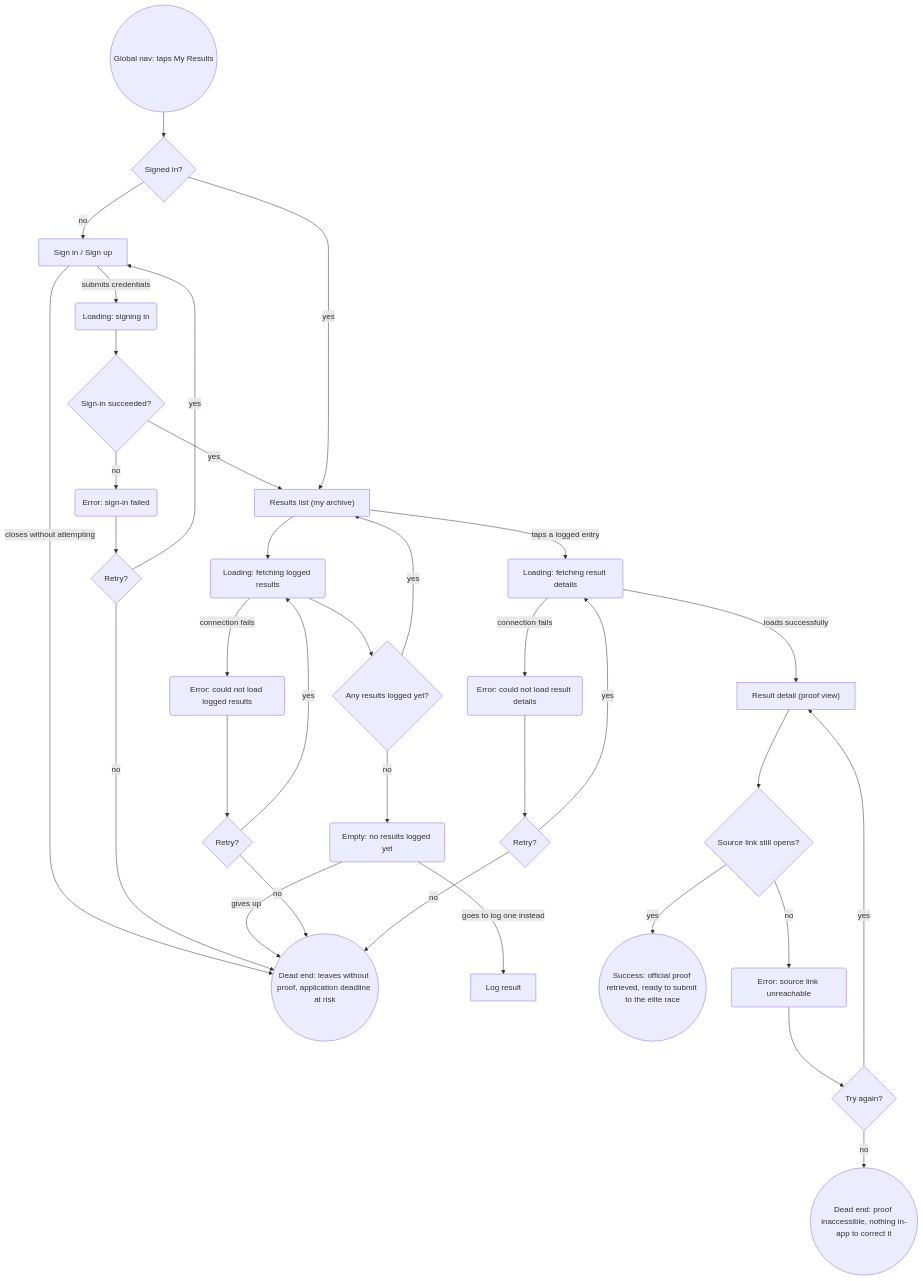
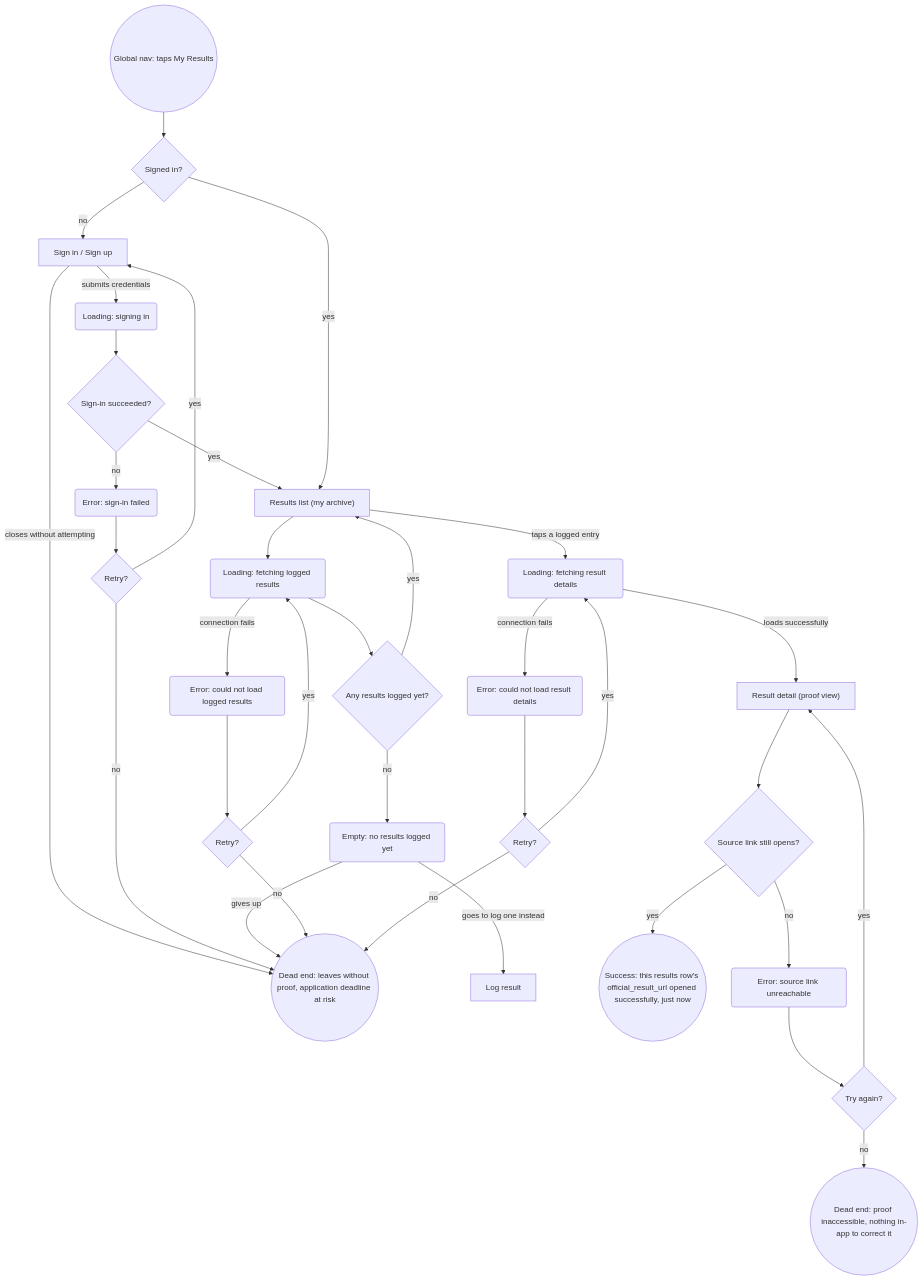
One commit to JuliaMakedonska/Onrace changed the third of 3 diagrams in flows.md. Above: the diagram before and after it, drawn with Mermaid. The commit also changed other lines of this file, not shown here.

First line of the commit message:
Tighten success endpoints to verifiable conditions, not vague destinations

````diff
--- a/flows.md
+++ b/flows.md
@@ -174,36 +182,36 @@
 ```mermaid
 flowchart TD
     Start3(("Global nav: taps My Results")) --> AuthCheck2{"Signed in?"}
     AuthCheck2 -->|"no"| SignIn2["Sign in / Sign up"]
     SignIn2 -->|"submits credentials"| SigningIn2("Loading: signing in")
     SignIn2 -->|"closes without attempting"| DeadEnd4
     SigningIn2 --> AuthResult2{"Sign-in succeeded?"}
     AuthResult2 -->|"no"| AuthError2("Error: sign-in failed")
     AuthError2 --> AuthRetry2{"Retry?"}
     AuthRetry2 -->|"yes"| SignIn2
     AuthRetry2 -->|"no"| DeadEnd4(("Dead end: leaves without proof, application deadline at risk"))
     AuthResult2 -->|"yes"| ResultsList2["Results list (my archive)"]
     AuthCheck2 -->|"yes"| ResultsList2
     ResultsList2 --> Loading2("Loading: fetching logged results")
     Loading2 --> HasLogged{"Any results logged yet?"}
     HasLogged -->|"no"| Empty2("Empty: no results logged yet")
     Empty2 -->|"goes to log one instead"| LogForm2["Log result"]
     Empty2 -->|"gives up"| DeadEnd4
     HasLogged -->|"yes"| ResultsList2
     Loading2 -->|"connection fails"| FetchError2("Error: could not load logged results")
     FetchError2 --> FetchRetry2{"Retry?"}
     FetchRetry2 -->|"yes"| Loading2
     FetchRetry2 -->|"no"| DeadEnd4
     ResultsList2 -->|"taps a logged entry"| DetailLoading2("Loading: fetching result details")
     DetailLoading2 -->|"loads successfully"| ResultDetail["Result detail (proof view)"]
     DetailLoading2 -->|"connection fails"| DetailError2("Error: could not load result details")
     DetailError2 --> DetailRetry2{"Retry?"}
     DetailRetry2 -->|"yes"| DetailLoading2
     DetailRetry2 -->|"no"| DeadEnd4
     ResultDetail --> LinkWorks{"Source link still opens?"}
-    LinkWorks -->|"yes"| Success3(("Success: official proof retrieved, ready to submit to the elite race"))
+    LinkWorks -->|"yes"| Success3(("Success: this results row's official_result_url opened successfully, just now"))
     LinkWorks -->|"no"| LinkError("Error: source link unreachable")
     LinkError --> LinkRetry{"Try again?"}
     LinkRetry -->|"yes"| ResultDetail
     LinkRetry -->|"no"| DeadEnd5(("Dead end: proof inaccessible, nothing in-app to correct it"))
 ```
````
